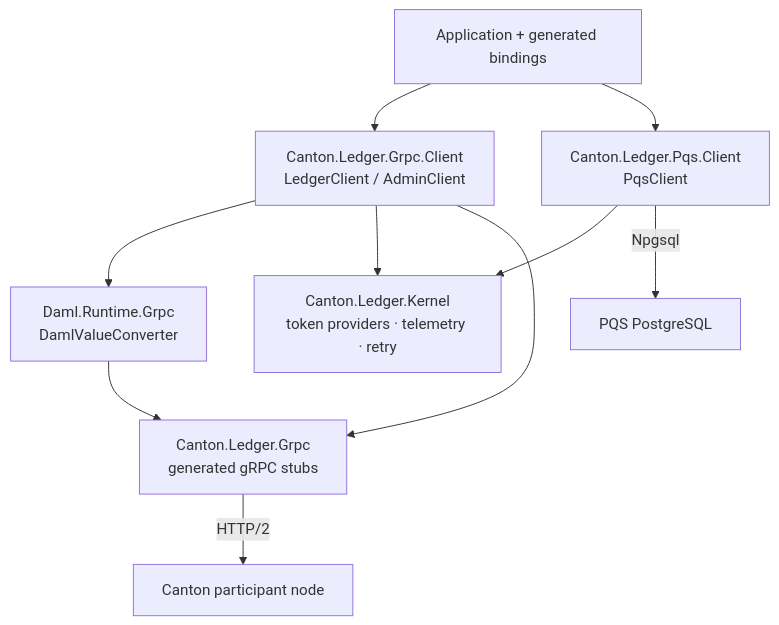
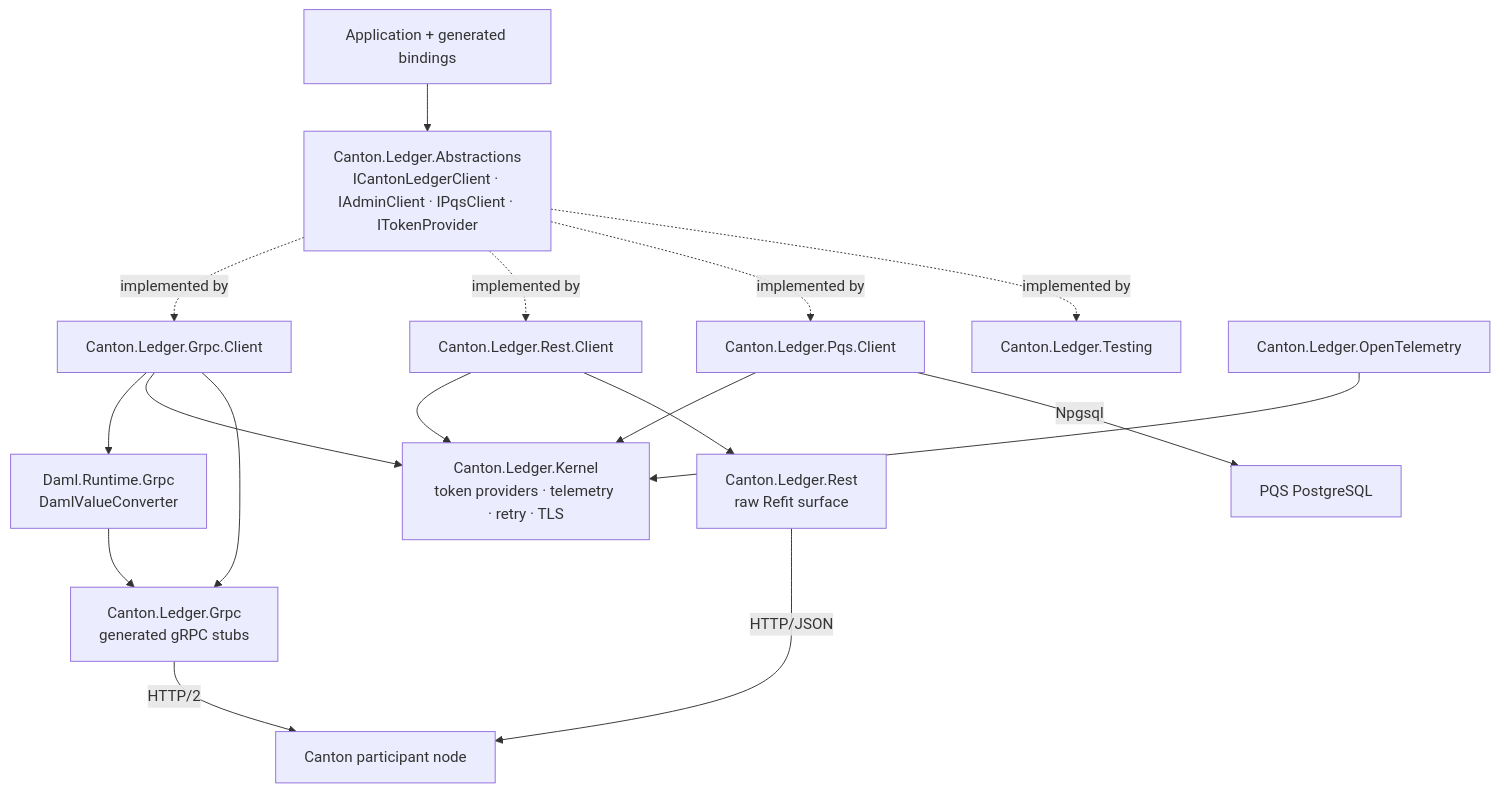
One commit to peacefulstudio/canton-dotnet-sdk changed the third of 4 diagrams in docs/public/architecture-overview.md. Above: the diagram before and after it, drawn with Mermaid. The commit also changed other lines of this file and 221 other files, not shown here.

````diff
--- a/docs/public/architecture-overview.md
+++ b/docs/public/architecture-overview.md
@@ -98,12 +107,19 @@
 ```mermaid
 flowchart TD
-    APP["Application + generated bindings"] --> CLIENT["Canton.Ledger.Grpc.Client\nLedgerClient / AdminClient"]
-    APP --> PQSC["Canton.Ledger.Pqs.Client\nPqsClient"]
+    APP["Application + generated bindings"] --> ABS["Canton.Ledger.Abstractions\nICantonLedgerClient · IAdminClient · IPqsClient · ITokenProvider"]
+    ABS -. "implemented by" .-> CLIENT["Canton.Ledger.Grpc.Client"]
+    ABS -. "implemented by" .-> RESTC["Canton.Ledger.Rest.Client"]
+    ABS -. "implemented by" .-> PQSC["Canton.Ledger.Pqs.Client"]
+    ABS -. "implemented by" .-> FAKES["Canton.Ledger.Testing"]
     CLIENT --> BRIDGE["Daml.Runtime.Grpc\nDamlValueConverter"]
-    CLIENT --> KERNEL["Canton.Ledger.Kernel\ntoken providers · telemetry · retry"]
+    CLIENT --> KERNEL["Canton.Ledger.Kernel\ntoken providers · telemetry · retry · TLS"]
+    RESTC --> KERNEL
     PQSC --> KERNEL
     CLIENT --> STUBS["Canton.Ledger.Grpc\ngenerated gRPC stubs"]
     BRIDGE --> STUBS
+    RESTC --> RAW["Canton.Ledger.Rest\nraw Refit surface"]
+    OTEL["Canton.Ledger.OpenTelemetry"] --> KERNEL
     STUBS -- "HTTP/2" --> NODE["Canton participant node"]
+    RAW -- "HTTP/JSON" --> NODE
     PQSC -- "Npgsql" --> PG["PQS PostgreSQL"]
 ```
````
